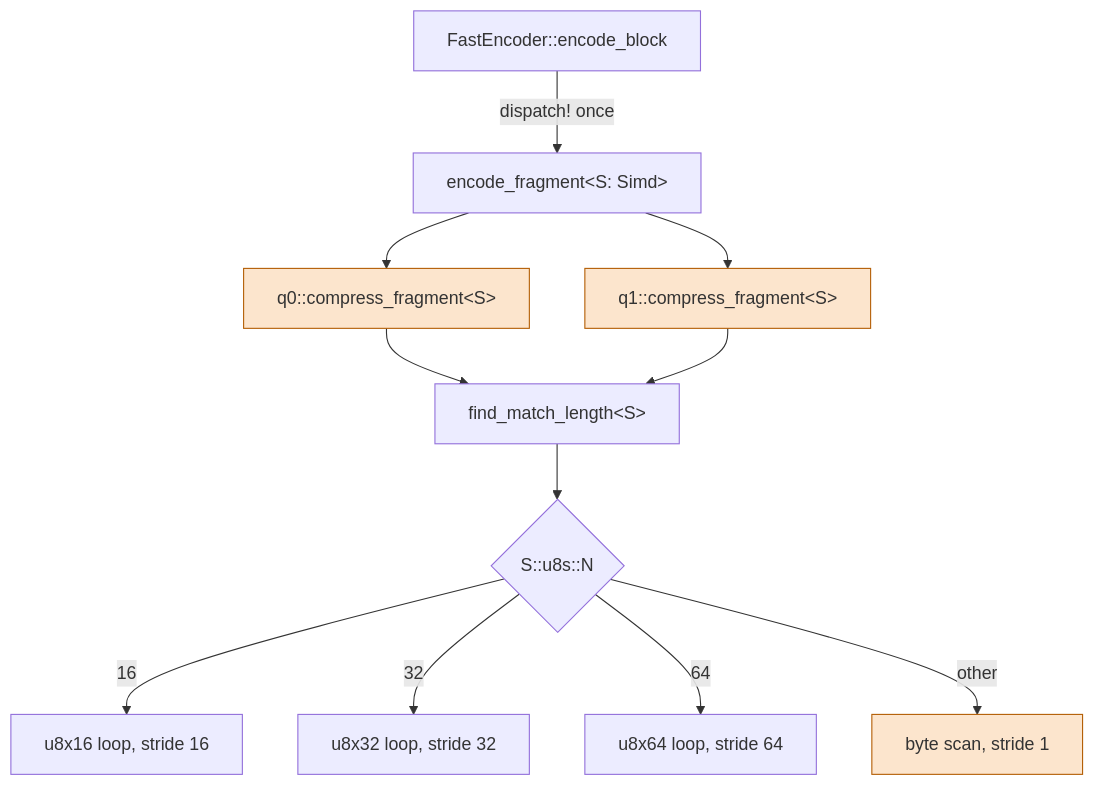
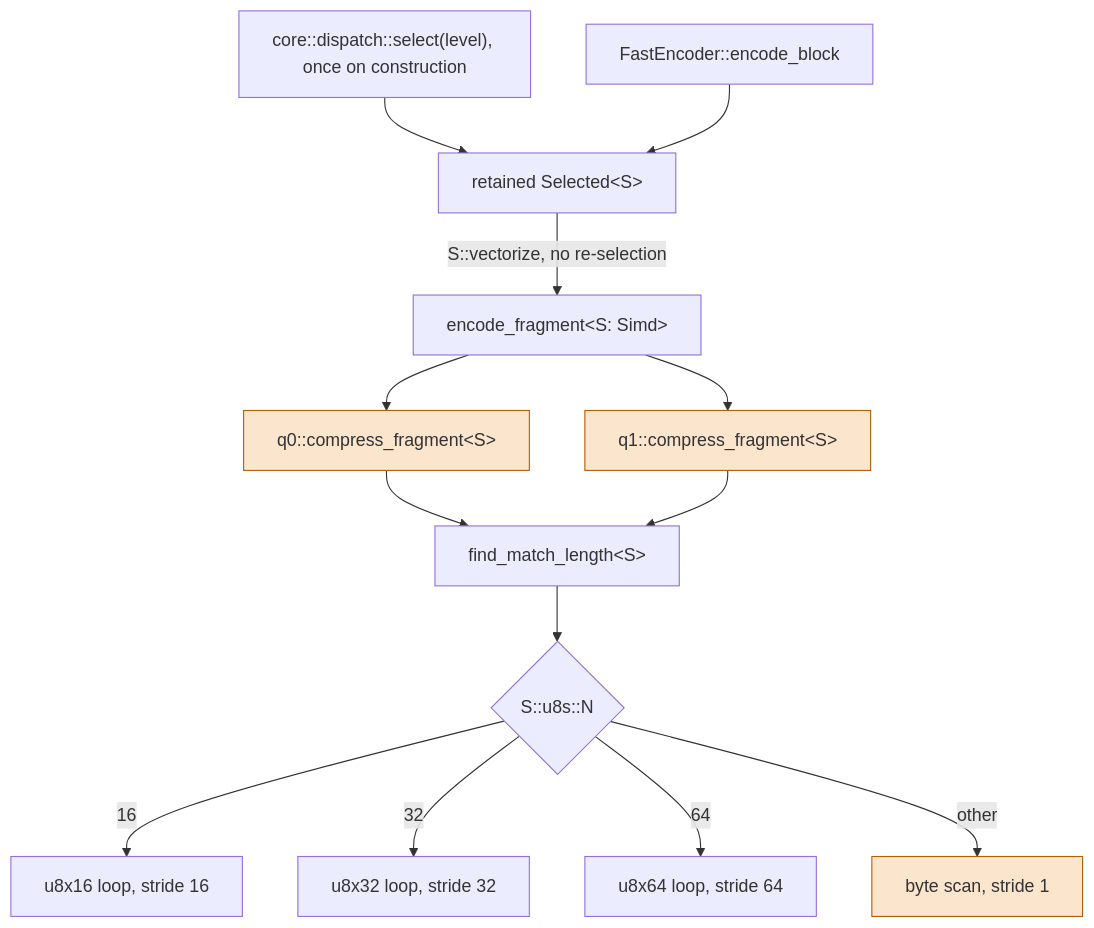
One commit to Mnwa/mbrotli changed the eighth of 9 diagrams in architecture/fast-encoder.md. Above: the diagram before and after it, drawn with Mermaid. The commit also changed other lines of this file and 64 other files, not shown here.

````diff
--- a/architecture/fast-encoder.md
+++ b/architecture/fast-encoder.md
@@ -274,16 +274,18 @@
 ```mermaid
 graph TD
-    A["FastEncoder::encode_block"] -->|"dispatch! once"| B["encode_fragment&lt;S: Simd&gt;"]
+    select["core::dispatch::select(level), once on construction"] --> kernel["retained Selected&lt;S&gt;"]
+    A["FastEncoder::encode_block"] --> kernel
+    kernel -->|"S::vectorize, no re-selection"| B["encode_fragment&lt;S: Simd&gt;"]
     B --> C["q0::compress_fragment&lt;S&gt;"]
     B --> D["q1::compress_fragment&lt;S&gt;"]
     C --> E["find_match_length&lt;S&gt;"]
     D --> E
     E --> F{"S::u8s::N"}
     F -->|16| G["u8x16 loop, stride 16"]
     F -->|32| H["u8x32 loop, stride 32"]
     F -->|64| I["u8x64 loop, stride 64"]
     F -->|other| J["byte scan, stride 1"]
 
     classDef scalar fill:#fce5cd,stroke:#b45f06;
     class C,D,J scalar;
 ```
````
